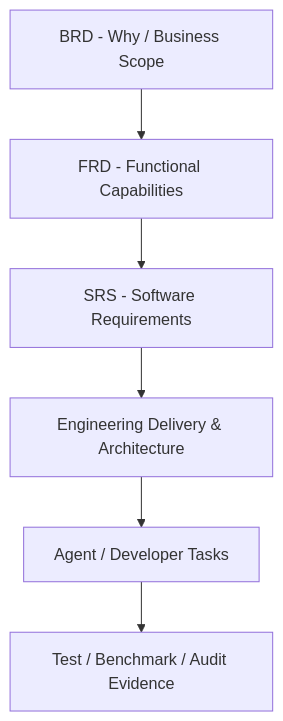
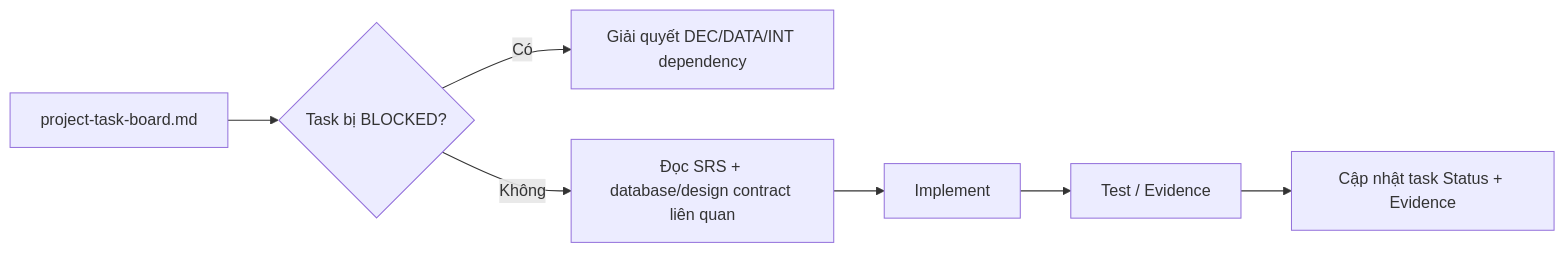
Before and after one commit to Kim-Thu/bikesport: the diagram in docs/README.md, drawn with Mermaid. The commit also changed other lines of this file, not shown here.

Commit message:
docs: update documentation index for task board and database architecture

````diff
--- a/docs/README.md
+++ b/docs/README.md
@@ -34,15 +25,9 @@
 ```mermaid
-flowchart TD
-    BRD[BRD - Why / Business Scope]
-    FRD[FRD - Functional Capabilities]
-    SRS[SRS - Software Requirements]
-    ENG[Engineering Delivery & Architecture]
-    TASK[Agent / Developer Tasks]
-    EVIDENCE[Test / Benchmark / Audit Evidence]
-
-    BRD --> FRD
-    FRD --> SRS
-    SRS --> ENG
-    ENG --> TASK
-    TASK --> EVIDENCE
+flowchart LR
+    T[project-task-board.md] --> D{Task bị BLOCKED?}
+    D -- Có --> Q[Giải quyết DEC/DATA/INT dependency]
+    D -- Không --> R[Đọc SRS + database/design contract liên quan]
+    R --> I[Implement]
+    I --> E[Test / Evidence]
+    E --> U[Cập nhật task Status + Evidence]
 ```
````
